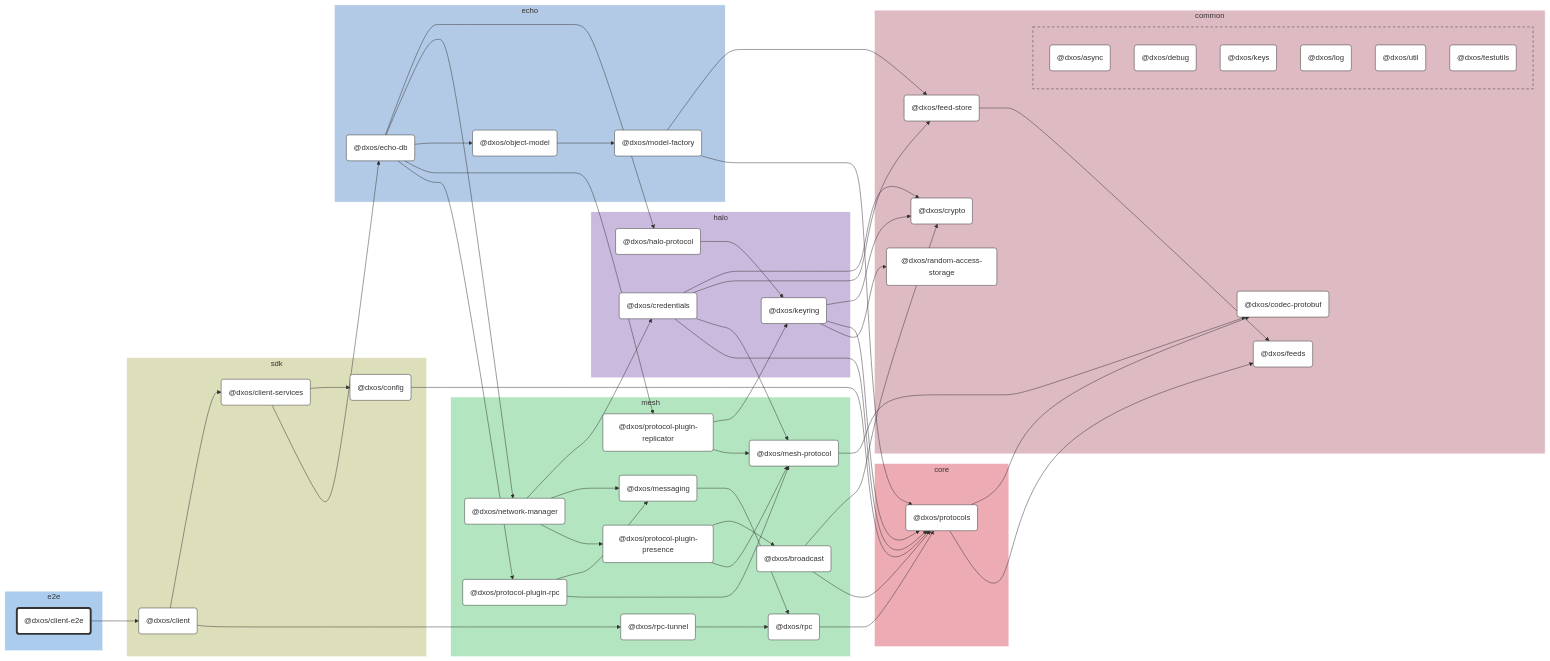
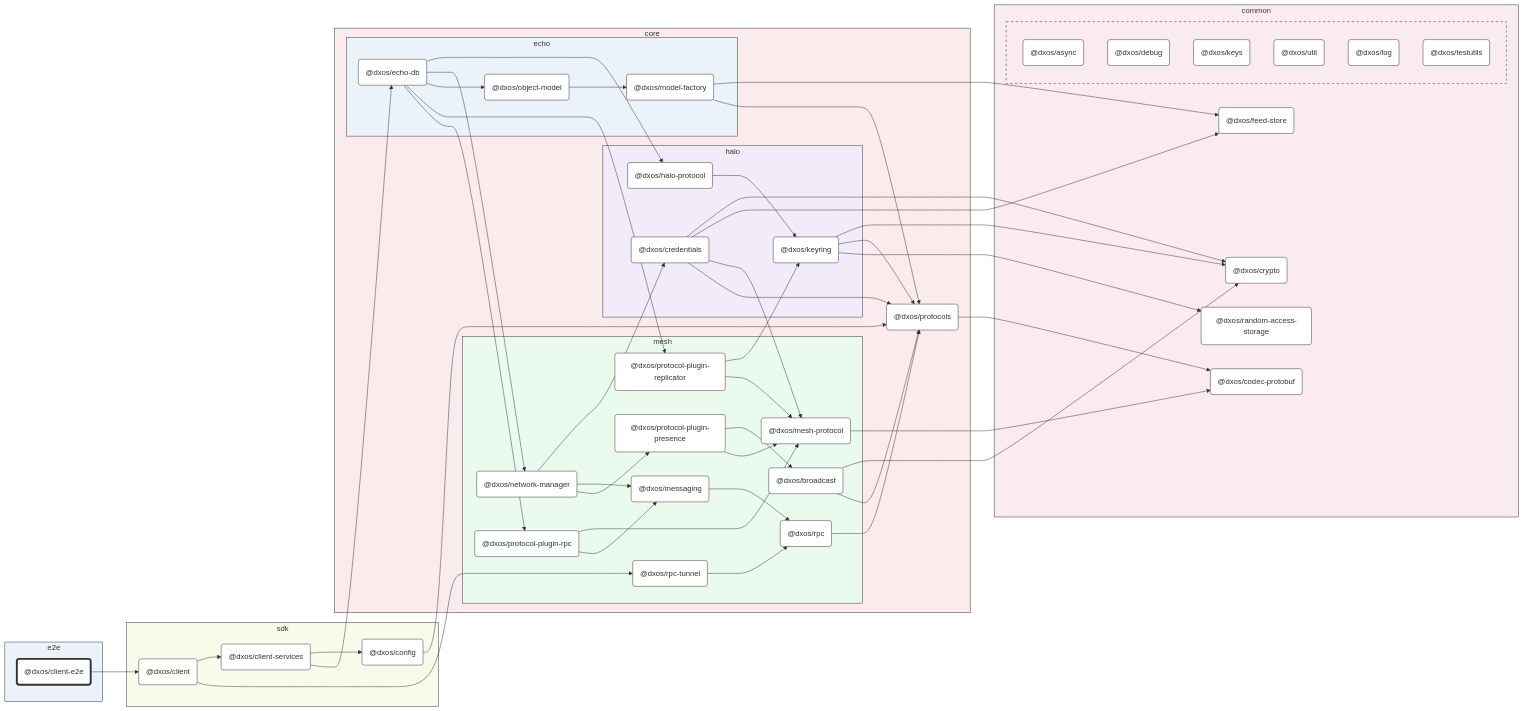
The diagram in packages/e2e/client/docs/README.md (dxos/dxos), drawn with Mermaid before and after one commit. The commit also changed other lines of this file and 93 other files, not shown here.

First line of the commit message:
chore: hierarchical graphs. (#1583)

````diff
--- a/packages/e2e/client/docs/README.md
+++ b/packages/e2e/client/docs/README.md
@@ -16,13 +16,13 @@
 %% Nodes
 
 subgraph e2e [e2e]
-  style e2e fill:#abcced,stroke:#fff
+  style e2e fill:#ebf2fa,stroke:#333
   dxos/client-e2e("@dxos/client-e2e"):::root
   click dxos/client-e2e "dxos/dxos/tree/main/packages/e2e/client/docs"
 end
 
 subgraph sdk [sdk]
-  style sdk fill:#dddeba,stroke:#fff
+  style sdk fill:#f9faeb,stroke:#333
   dxos/client("@dxos/client"):::def
   click dxos/client "dxos/dxos/tree/main/packages/sdk/client/docs"
   dxos/client-services("@dxos/client-services"):::def
@@ -32,97 +32,93 @@
 end
 
 subgraph common [common]
-  style common fill:#debac2,stroke:#fff
+  style common fill:#faebee,stroke:#333
   dxos/codec-protobuf("@dxos/codec-protobuf"):::def
   click dxos/codec-protobuf "dxos/dxos/tree/main/packages/common/codec-protobuf/docs"
   dxos/crypto("@dxos/crypto"):::def
   click dxos/crypto "dxos/dxos/tree/main/packages/common/crypto/docs"
   dxos/feed-store("@dxos/feed-store"):::def
   click dxos/feed-store "dxos/dxos/tree/main/packages/common/feed-store/docs"
-  dxos/feeds("@dxos/feeds"):::def
-  click dxos/feeds "dxos/dxos/tree/main/packages/common/feeds/docs"
   dxos/random-access-storage("@dxos/random-access-storage"):::def
   click dxos/random-access-storage "dxos/dxos/tree/main/packages/common/random-access-storage/docs"
 
-  subgraph common-excluded [ ]
-    style common-excluded fill:#debac2,stroke:#333,stroke-dasharray:5 5
+  subgraph _ [ ]
+    style _ fill:#faebee,stroke:#333,stroke-dasharray:5 5
     dxos/async("@dxos/async"):::def
     click dxos/async "dxos/dxos/tree/main/packages/common/async/docs"
     dxos/debug("@dxos/debug"):::def
     click dxos/debug "dxos/dxos/tree/main/packages/common/debug/docs"
     dxos/keys("@dxos/keys"):::def
     click dxos/keys "dxos/dxos/tree/main/packages/common/keys/docs"
+    dxos/util("@dxos/util"):::def
+    click dxos/util "dxos/dxos/tree/main/packages/common/util/docs"
     dxos/log("@dxos/log"):::def
     click dxos/log "dxos/dxos/tree/main/packages/common/log/docs"
-    dxos/util("@dxos/util"):::def
-    click dxos/util "dxos/dxos/tree/main/packages/common/util/docs"
     dxos/testutils("@dxos/testutils"):::def
     click dxos/testutils "dxos/dxos/tree/main/packages/common/testutils/docs"
   end
 end
 
-subgraph halo [halo]
-  style halo fill:#cabade,stroke:#fff
-  dxos/credentials("@dxos/credentials"):::def
-  click dxos/credentials "dxos/dxos/tree/main/packages/core/halo/credentials/docs"
-  dxos/halo-protocol("@dxos/halo-protocol"):::def
-  click dxos/halo-protocol "dxos/dxos/tree/main/packages/core/halo/halo-protocol/docs"
-  dxos/keyring("@dxos/keyring"):::def
-  click dxos/keyring "dxos/dxos/tree/main/packages/core/halo/keyring/docs"
-end
-
-subgraph mesh [mesh]
-  style mesh fill:#b3e6c0,stroke:#fff
-  dxos/mesh-protocol("@dxos/mesh-protocol"):::def
-  click dxos/mesh-protocol "dxos/dxos/tree/main/packages/core/mesh/mesh-protocol/docs"
-  dxos/messaging("@dxos/messaging"):::def
-  click dxos/messaging "dxos/dxos/tree/main/packages/core/mesh/messaging/docs"
-  dxos/rpc("@dxos/rpc"):::def
-  click dxos/rpc "dxos/dxos/tree/main/packages/core/mesh/rpc/docs"
-  dxos/network-manager("@dxos/network-manager"):::def
-  click dxos/network-manager "dxos/dxos/tree/main/packages/core/mesh/network-manager/docs"
-  dxos/protocol-plugin-presence("@dxos/protocol-plugin-presence"):::def
-  click dxos/protocol-plugin-presence "dxos/dxos/tree/main/packages/core/mesh/protocol-plugin-presence/docs"
-  dxos/broadcast("@dxos/broadcast"):::def
-  click dxos/broadcast "dxos/dxos/tree/main/packages/core/mesh/broadcast/docs"
-  dxos/protocol-plugin-replicator("@dxos/protocol-plugin-replicator"):::def
-  click dxos/protocol-plugin-replicator "dxos/dxos/tree/main/packages/core/mesh/protocol-plugin-replicator/docs"
-  dxos/protocol-plugin-rpc("@dxos/protocol-plugin-rpc"):::def
-  click dxos/protocol-plugin-rpc "dxos/dxos/tree/main/packages/core/mesh/protocol-plugin-rpc/docs"
-  dxos/rpc-tunnel("@dxos/rpc-tunnel"):::def
-  click dxos/rpc-tunnel "dxos/dxos/tree/main/packages/core/mesh/rpc-tunnel/docs"
-end
-
 subgraph core [core]
-  style core fill:#edabb3,stroke:#fff
+  style core fill:#faebec,stroke:#333
   dxos/protocols("@dxos/protocols"):::def
   click dxos/protocols "dxos/dxos/tree/main/packages/core/protocols/docs"
-end
 
-subgraph echo [echo]
-  style echo fill:#b3cae6,stroke:#fff
-  dxos/echo-db("@dxos/echo-db"):::def
-  click dxos/echo-db "dxos/dxos/tree/main/packages/core/echo/echo-db/docs"
-  dxos/model-factory("@dxos/model-factory"):::def
-  click dxos/model-factory "dxos/dxos/tree/main/packages/core/echo/model-factory/docs"
-  dxos/object-model("@dxos/object-model"):::def
-  click dxos/object-model "dxos/dxos/tree/main/packages/core/echo/object-model/docs"
+  subgraph halo [halo]
+    style halo fill:#f1ebfa,stroke:#333
+    dxos/credentials("@dxos/credentials"):::def
+    click dxos/credentials "dxos/dxos/tree/main/packages/core/halo/credentials/docs"
+    dxos/halo-protocol("@dxos/halo-protocol"):::def
+    click dxos/halo-protocol "dxos/dxos/tree/main/packages/core/halo/halo-protocol/docs"
+    dxos/keyring("@dxos/keyring"):::def
+    click dxos/keyring "dxos/dxos/tree/main/packages/core/halo/keyring/docs"
+  end
+
+  subgraph mesh [mesh]
+    style mesh fill:#ebfaef,stroke:#333
+    dxos/mesh-protocol("@dxos/mesh-protocol"):::def
+    click dxos/mesh-protocol "dxos/dxos/tree/main/packages/core/mesh/mesh-protocol/docs"
+    dxos/messaging("@dxos/messaging"):::def
+    click dxos/messaging "dxos/dxos/tree/main/packages/core/mesh/messaging/docs"
+    dxos/rpc("@dxos/rpc"):::def
+    click dxos/rpc "dxos/dxos/tree/main/packages/core/mesh/rpc/docs"
+    dxos/network-manager("@dxos/network-manager"):::def
+    click dxos/network-manager "dxos/dxos/tree/main/packages/core/mesh/network-manager/docs"
+    dxos/protocol-plugin-presence("@dxos/protocol-plugin-presence"):::def
+    click dxos/protocol-plugin-presence "dxos/dxos/tree/main/packages/core/mesh/protocol-plugin-presence/docs"
+    dxos/broadcast("@dxos/broadcast"):::def
+    click dxos/broadcast "dxos/dxos/tree/main/packages/core/mesh/broadcast/docs"
+    dxos/protocol-plugin-replicator("@dxos/protocol-plugin-replicator"):::def
+    click dxos/protocol-plugin-replicator "dxos/dxos/tree/main/packages/core/mesh/protocol-plugin-replicator/docs"
+    dxos/protocol-plugin-rpc("@dxos/protocol-plugin-rpc"):::def
+    click dxos/protocol-plugin-rpc "dxos/dxos/tree/main/packages/core/mesh/protocol-plugin-rpc/docs"
+    dxos/rpc-tunnel("@dxos/rpc-tunnel"):::def
+    click dxos/rpc-tunnel "dxos/dxos/tree/main/packages/core/mesh/rpc-tunnel/docs"
+  end
+
+  subgraph echo [echo]
+    style echo fill:#ebf2fa,stroke:#333
+    dxos/echo-db("@dxos/echo-db"):::def
+    click dxos/echo-db "dxos/dxos/tree/main/packages/core/echo/echo-db/docs"
+    dxos/model-factory("@dxos/model-factory"):::def
+    click dxos/model-factory "dxos/dxos/tree/main/packages/core/echo/model-factory/docs"
+    dxos/object-model("@dxos/object-model"):::def
+    click dxos/object-model "dxos/dxos/tree/main/packages/core/echo/object-model/docs"
+  end
 end
 
 %% Links
 linkStyle default stroke:#333,stroke-width:1px
 dxos/client-e2e --> dxos/client
 dxos/client --> dxos/client-services
+dxos/client-services --> dxos/config
+dxos/config --> dxos/protocols
+dxos/protocols --> dxos/codec-protobuf
 dxos/credentials --> dxos/crypto
 dxos/credentials --> dxos/feed-store
-dxos/feed-store --> dxos/feeds
 dxos/credentials --> dxos/mesh-protocol
 dxos/mesh-protocol --> dxos/codec-protobuf
 dxos/credentials --> dxos/protocols
-dxos/protocols --> dxos/codec-protobuf
-dxos/protocols --> dxos/feeds
-dxos/client-services --> dxos/config
-dxos/config --> dxos/protocols
 dxos/client-services --> dxos/echo-db
 dxos/echo-db --> dxos/halo-protocol
 dxos/halo-protocol --> dxos/keyring
@@ -147,8 +143,8 @@
 dxos/protocol-plugin-replicator --> dxos/keyring
 dxos/protocol-plugin-replicator --> dxos/mesh-protocol
 dxos/echo-db --> dxos/protocol-plugin-rpc
+dxos/protocol-plugin-rpc --> dxos/mesh-protocol
 dxos/protocol-plugin-rpc --> dxos/messaging
-dxos/protocol-plugin-rpc --> dxos/mesh-protocol
 dxos/client --> dxos/rpc-tunnel
 dxos/rpc-tunnel --> dxos/rpc
 ```
````
